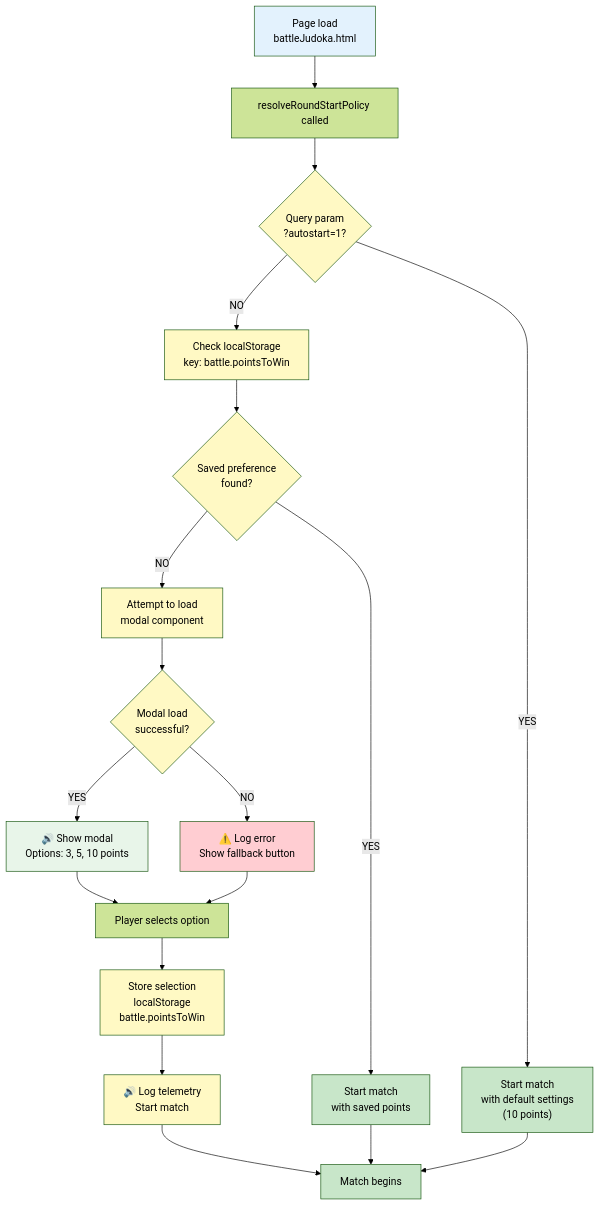
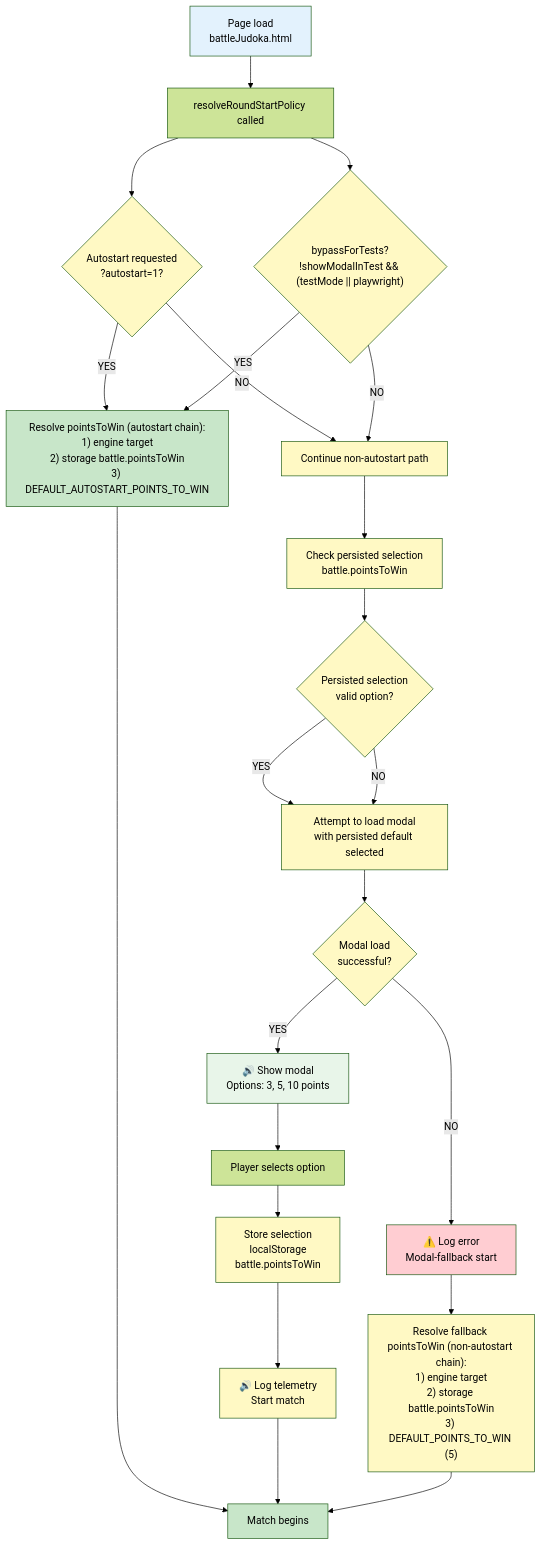
One commit to CyanAutomation/judokon changed the diagram in design/productRequirementsDocuments/prdRoundSelection.md. Above: the diagram before and after it, drawn with Mermaid (forest theme). The commit also changed other lines of this file, not shown here.

Commit message:
docs: align round selection Mermaid with resolver logic (#5684)

````diff
--- a/design/productRequirementsDocuments/prdRoundSelection.md
+++ b/design/productRequirementsDocuments/prdRoundSelection.md
@@ -39,42 +39,47 @@
 ```mermaid
 flowchart TB
     A["Page load<br/>battleJudoka.html"] --> B["resolveRoundStartPolicy called"]
-    B --> C{"Query param<br/>?autostart=1?"}
+    B --> C{"Autostart requested<br/>?autostart=1?"}
+    B --> T{"bypassForTests?<br/>!showModalInTest && (testMode || playwright)"}
 
-    C -->|YES| D["Start match<br/>with default settings<br/>(10 points)"]
-    C -->|NO| E["Check localStorage<br/>key: battle.pointsToWin"]
+    C -->|YES| D["Resolve pointsToWin (autostart chain):<br/>1) engine target<br/>2) storage battle.pointsToWin<br/>3) DEFAULT_AUTOSTART_POINTS_TO_WIN"]
+    C -->|NO| U
+    T -->|YES| D
+    T -->|NO| U["Continue non-autostart path"]
 
-    E --> F{"Saved preference<br/>found?"}
+    U --> E["Check persisted selection<br/>battle.pointsToWin"]
+    E --> F{"Persisted selection<br/>valid option?"}
 
-    F -->|YES| G["Start match<br/>with saved points"]
-    F -->|NO| H["Attempt to load<br/>modal component"]
+    F -->|YES| H["Attempt to load modal<br/>with persisted default selected"]
+    F -->|NO| H
 
     H --> I{"Modal load<br/>successful?"}
 
     I -->|YES| J["🔊 Show modal<br/>Options: 3, 5, 10 points"]
-    I -->|NO| K["⚠️ Log error<br/>Show fallback button"]
+    I -->|NO| K["⚠️ Log error<br/>Modal-fallback start"]
 
     J --> L["Player selects option"]
-    K --> L
-
     L --> M["Store selection<br/>localStorage<br/>battle.pointsToWin"]
     M --> N["🔊 Log telemetry<br/>Start match"]
-    N --> O["Match begins"]
 
-    G --> O
-    D --> O
+    K --> P["Resolve fallback pointsToWin (non-autostart chain):<br/>1) engine target<br/>2) storage battle.pointsToWin<br/>3) DEFAULT_POINTS_TO_WIN (5)"]
+    D --> O["Match begins"]
+    N --> O
+    P --> O
 
     style A fill:#e3f2fd
     style C fill:#fff9c4
+    style T fill:#fff9c4
     style E fill:#fff9c4
     style F fill:#fff9c4
+    style U fill:#fff9c4
     style H fill:#fff9c4
     style I fill:#fff9c4
     style D fill:#c8e6c9
-    style G fill:#c8e6c9
     style J fill:#e8f5e9
     style K fill:#ffcdd2
+    style P fill:#fff9c4
     style M fill:#fff9c4
     style N fill:#fff9c4
     style O fill:#c8e6c9
 ```
````
